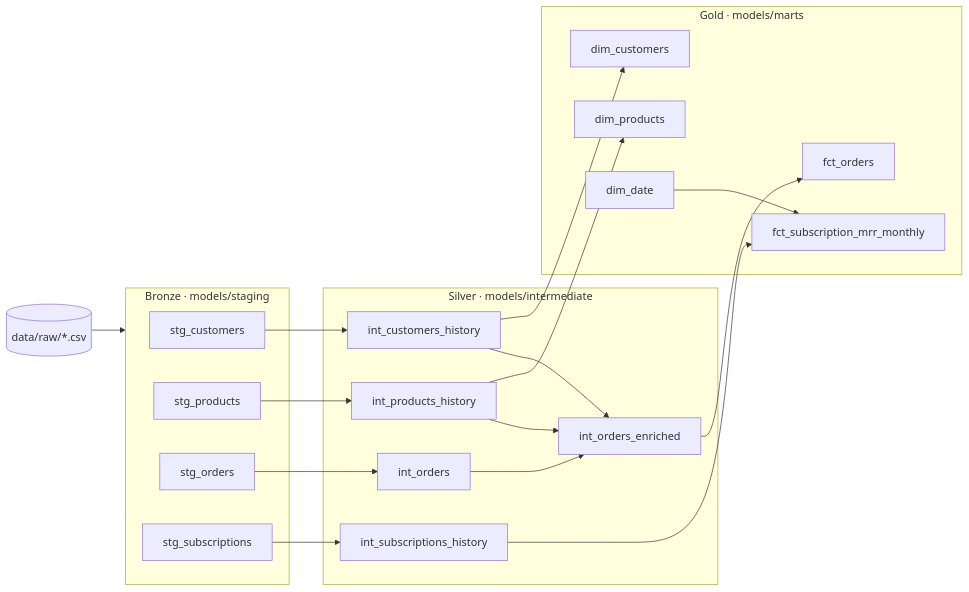
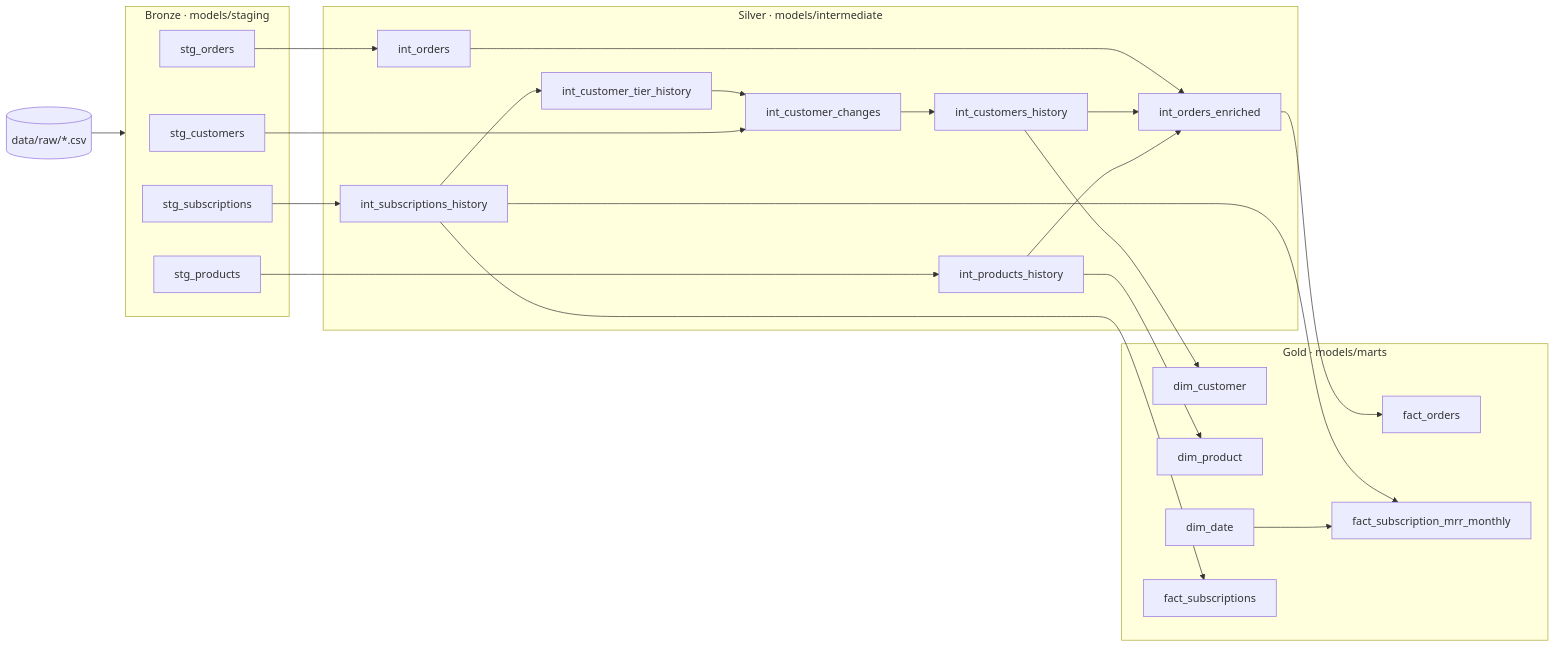
Before and after one commit to armandpl1/ecom-data-modeling-project: the first of 2 diagrams in README.md, drawn with Mermaid. The commit also changed other lines of this file and 31 other files, not shown here.

````diff
--- a/README.md
+++ b/README.md
@@ -107,35 +107,39 @@
 ```mermaid
 flowchart LR
     raw[(data/raw/*.csv)] --> B
 
     subgraph B[Bronze · models/staging]
         stg_customers
         stg_products
         stg_orders
         stg_subscriptions
     end
 
     subgraph S[Silver · models/intermediate]
-        int_customers_history
+        int_customer_tier_history --> int_customer_changes --> int_customers_history
         int_products_history
         int_subscriptions_history
         int_orders --> int_orders_enriched
     end
 
     subgraph G[Gold · models/marts]
-        dim_customers
-        dim_products
+        dim_customer
+        dim_product
         dim_date
-        fct_orders
-        fct_subscription_mrr_monthly
+        fact_orders
+        fact_subscriptions
+        fact_subscription_mrr_monthly
     end
 
-    stg_customers --> int_customers_history --> dim_customers
-    stg_products --> int_products_history --> dim_products
+    stg_customers --> int_customer_changes
+    int_customers_history --> dim_customer
+    int_subscriptions_history --> int_customer_tier_history
+    stg_products --> int_products_history --> dim_product
     stg_orders --> int_orders
     int_customers_history --> int_orders_enriched
     int_products_history --> int_orders_enriched
-    int_orders_enriched --> fct_orders
-    stg_subscriptions --> int_subscriptions_history --> fct_subscription_mrr_monthly
-    dim_date --> fct_subscription_mrr_monthly
+    int_orders_enriched --> fact_orders
+    stg_subscriptions --> int_subscriptions_history --> fact_subscription_mrr_monthly
+    int_subscriptions_history --> fact_subscriptions
+    dim_date --> fact_subscription_mrr_monthly
 ```
````
